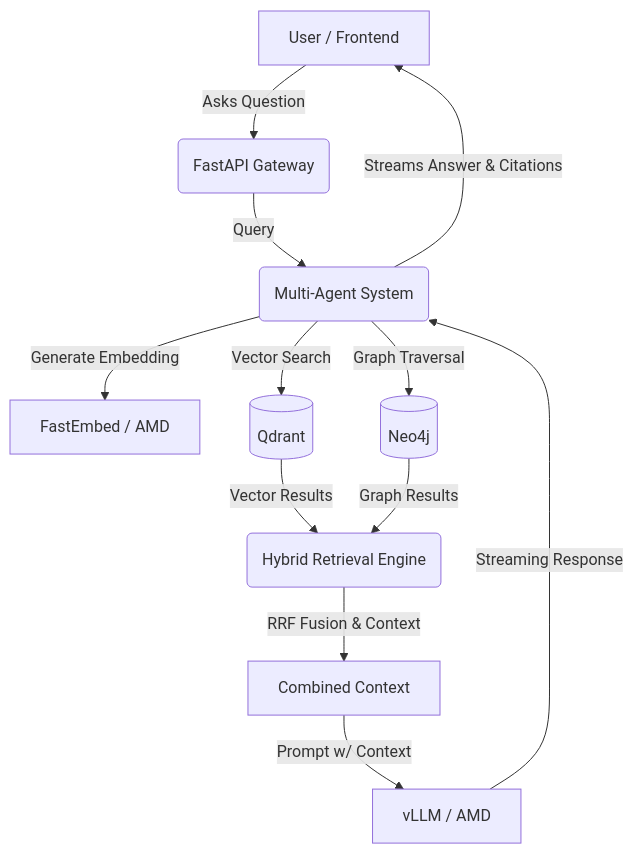
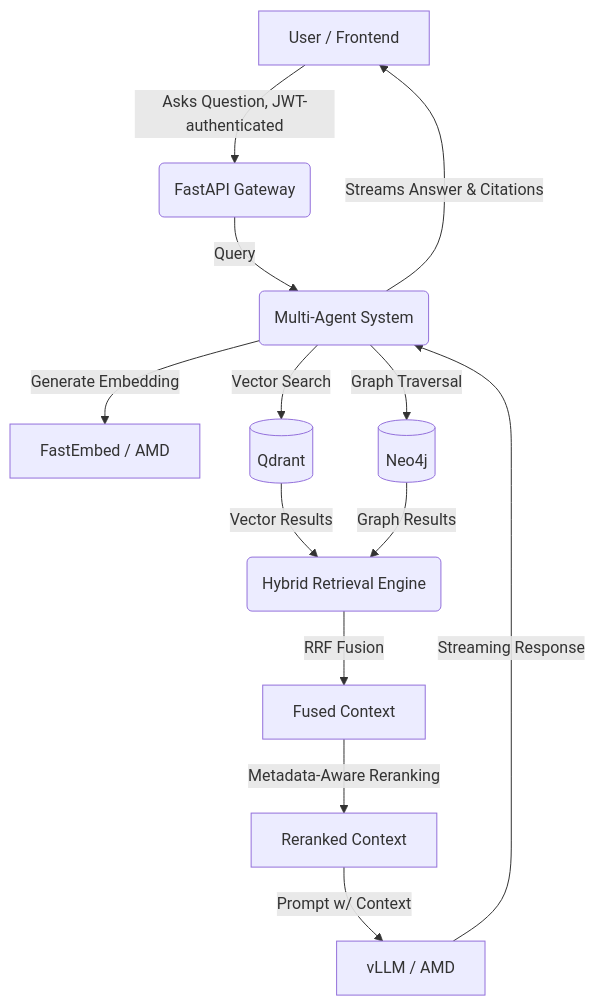
Before and after one commit to dkstlzk/cortex: the second of 2 diagrams in README.md, drawn with Mermaid. The commit also changed other lines of this file, not shown here.

````diff
--- a/README.md
+++ b/README.md
@@ -137,14 +142,15 @@
 ```mermaid
 graph TD
-    A[User / Frontend] -->|Asks Question| B(FastAPI Gateway)
+    A[User / Frontend] -->|Asks Question, JWT-authenticated| B(FastAPI Gateway)
     B -->|Query| C(Multi-Agent System)
     C -->|Generate Embedding| D[FastEmbed / AMD]
     C -->|Vector Search| E[(Qdrant)]
     C -->|Graph Traversal| F[(Neo4j)]
     E -->|Vector Results| G(Hybrid Retrieval Engine)
     F -->|Graph Results| G
-    G -->|RRF Fusion & Context| H[Combined Context]
-    H -->|Prompt w/ Context| I[vLLM / AMD]
+    G -->|RRF Fusion| H[Fused Context]
+    H -->|Metadata-Aware Reranking| M[Reranked Context]
+    M -->|Prompt w/ Context| I[vLLM / AMD]
     I -->|Streaming Response| C
     C -->|Streams Answer & Citations| A
 ```
````
